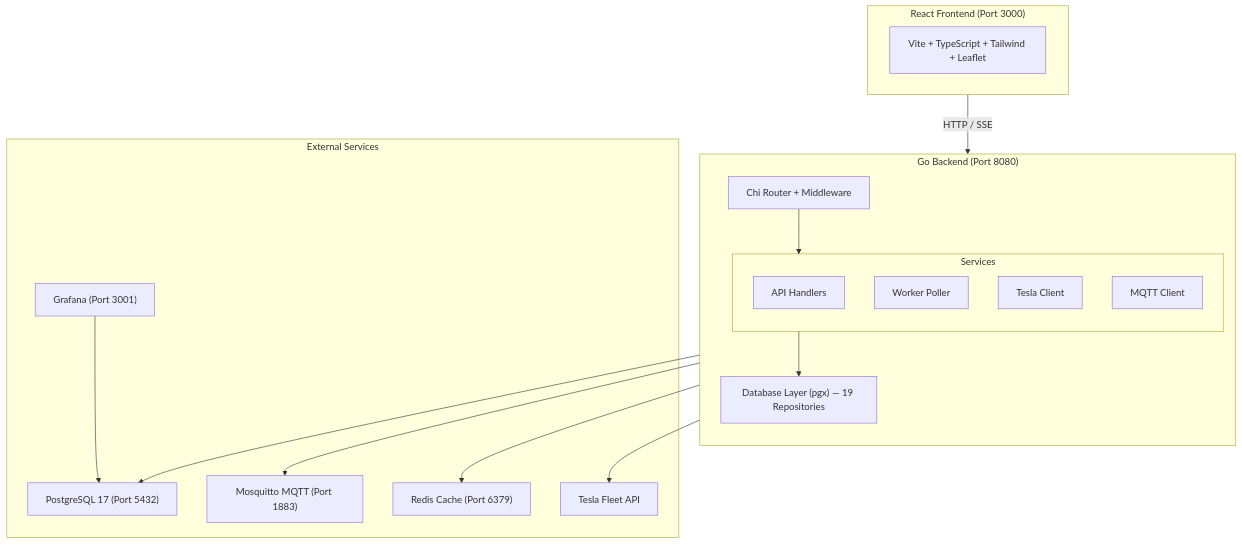
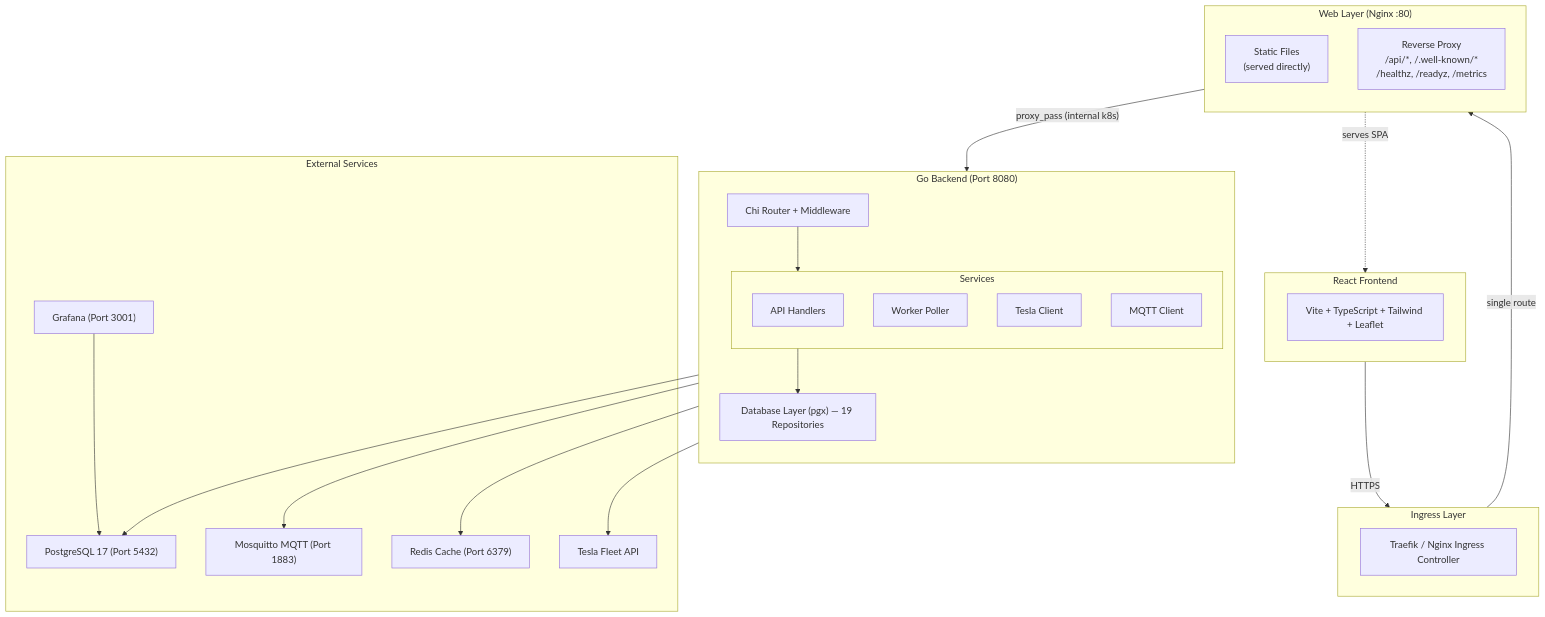
Before and after one commit to ev-dev-labs/teslasync: the first of 10 diagrams in docs/guide/architecture.md, drawn with Mermaid. The commit also changed other lines of this file and 5 other files, not shown here.

First line of the commit message:
docs: comprehensive architecture update for internal k8s API routing

````diff
--- a/docs/guide/architecture.md
+++ b/docs/guide/architecture.md
@@ -7,35 +7,48 @@
 ```mermaid
 graph TB
-    subgraph Frontend["React Frontend (Port 3000)"]
+    subgraph Frontend["React Frontend"]
         UI["Vite + TypeScript + Tailwind + Leaflet"]
+    end
+
+    subgraph Ingress["Ingress Layer"]
+        IG["Traefik / Nginx Ingress Controller"]
+    end
+
+    subgraph WebLayer["Web Layer (Nginx :80)"]
+        direction TB
+        Static["Static Files<br/>(served directly)"]
+        Proxy["Reverse Proxy<br/>/api/*, /.well-known/*<br/>/healthz, /readyz, /metrics"]
     end
 
     subgraph Backend["Go Backend (Port 8080)"]
         direction TB
         Router["Chi Router + Middleware"]
         subgraph Services
             API["API Handlers"]
             Worker["Worker Poller"]
             Tesla["Tesla Client"]
             MQTT["MQTT Client"]
         end
         DB_Layer["Database Layer (pgx) — 19 Repositories"]
         Router --> Services
         Services --> DB_Layer
     end
 
     subgraph External["External Services"]
         PG["PostgreSQL 17 (Port 5432)"]
         Mosquitto["Mosquitto MQTT (Port 1883)"]
         Redis["Redis Cache (Port 6379)"]
         Grafana["Grafana (Port 3001)"]
         TeslaAPI["Tesla Fleet API"]
     end
 
-    Frontend -- "HTTP / SSE" --> Backend
+    Frontend -- "HTTPS" --> Ingress
+    Ingress -- "single route" --> WebLayer
+    Static -. "serves SPA" .-> Frontend
+    Proxy -- "proxy_pass (internal k8s)" --> Backend
     DB_Layer --> PG
     MQTT --> Mosquitto
     Tesla --> TeslaAPI
     Backend --> Redis
     Grafana --> PG
 ```
````
